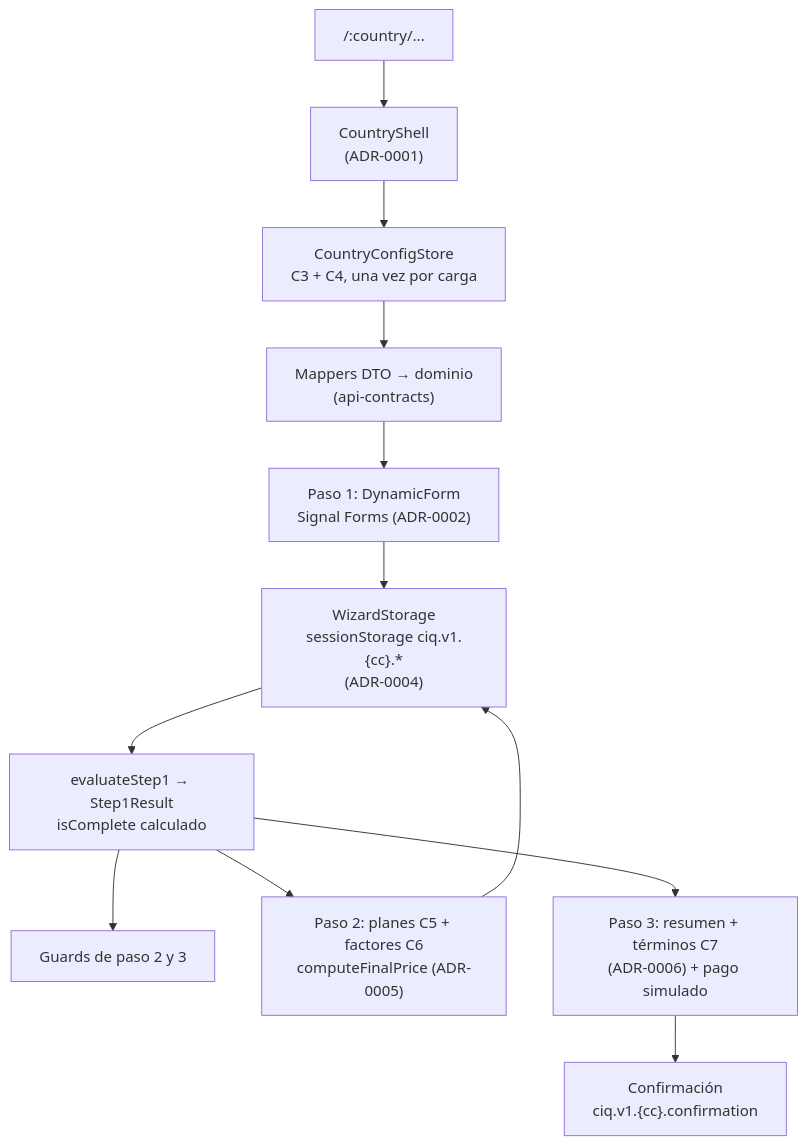
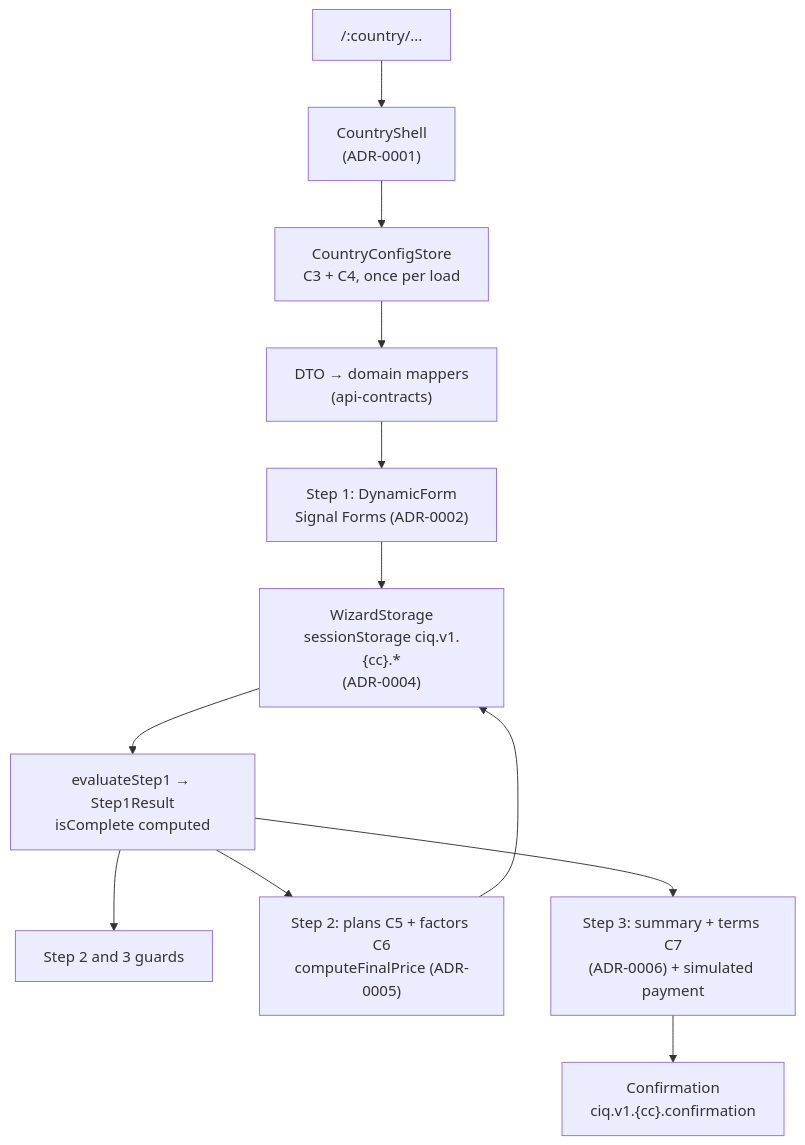
The second of 2 diagrams in docs/architecture/overview.md (Jorgeandd10/car-insurance-quote-multicountry), drawn with Mermaid before and after one commit. The commit also changed other lines of this file and 35 other files, not shown here.

````diff
--- a/docs/architecture/overview.md
+++ b/docs/architecture/overview.md
@@ -39,14 +39,14 @@
 ```mermaid
 flowchart TD
     URL["/:country/..."] --> Shell["CountryShell<br/>(ADR-0001)"]
-    Shell --> CCS["CountryConfigStore<br/>C3 + C4, una vez por carga"]
-    CCS --> Map["Mappers DTO → dominio<br/>(api-contracts)"]
-    Map --> Form["Paso 1: DynamicForm<br/>Signal Forms (ADR-0002)"]
+    Shell --> CCS["CountryConfigStore<br/>C3 + C4, once per load"]
+    CCS --> Map["DTO → domain mappers<br/>(api-contracts)"]
+    Map --> Form["Step 1: DynamicForm<br/>Signal Forms (ADR-0002)"]
     Form --> WS["WizardStorage<br/>sessionStorage ciq.v1.{cc}.*<br/>(ADR-0004)"]
-    WS --> Eval["evaluateStep1 → Step1Result<br/>isComplete calculado"]
-    Eval --> Guards["Guards de paso 2 y 3"]
-    Eval --> P2["Paso 2: planes C5 + factores C6<br/>computeFinalPrice (ADR-0005)"]
+    WS --> Eval["evaluateStep1 → Step1Result<br/>isComplete computed"]
+    Eval --> Guards["Step 2 and 3 guards"]
+    Eval --> P2["Step 2: plans C5 + factors C6<br/>computeFinalPrice (ADR-0005)"]
     P2 --> WS
-    Eval --> P3["Paso 3: resumen + términos C7<br/>(ADR-0006) + pago simulado"]
-    P3 --> Conf["Confirmación<br/>ciq.v1.{cc}.confirmation"]
+    Eval --> P3["Step 3: summary + terms C7<br/>(ADR-0006) + simulated payment"]
+    P3 --> Conf["Confirmation<br/>ciq.v1.{cc}.confirmation"]
 ```
````
